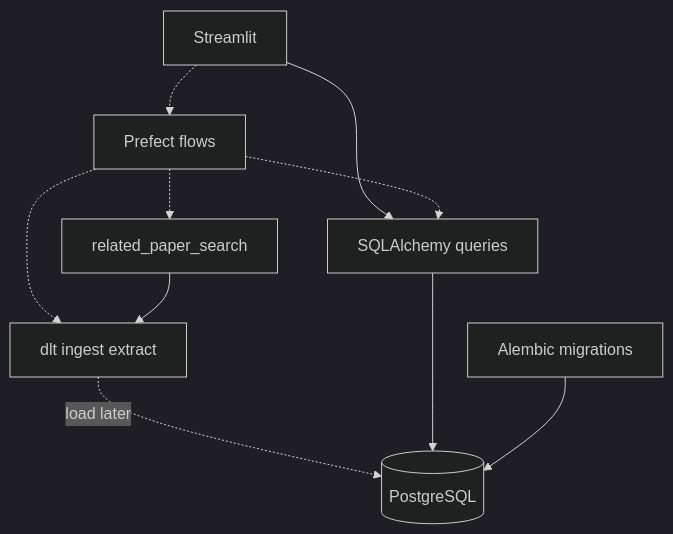
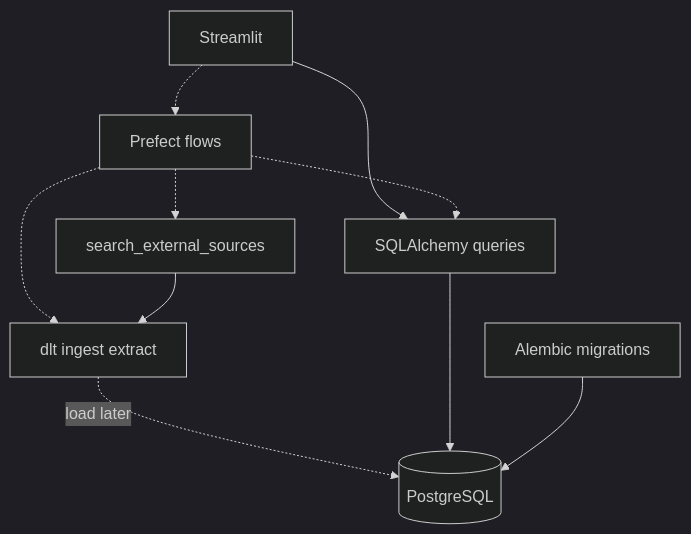
One commit to GustavoRusso/paper-reviewer changed the diagram in docs/technology-stack.md. Above: the diagram before and after it, drawn with Mermaid (dark theme). The commit also changed other lines of this file and 41 other files, not shown here.

Commit message:
renames the workflow step 2.1: Related-paper search to "Search external sources" and the glossary term "Paper sources" to "External sources"

````diff
--- a/docs/technology-stack.md
+++ b/docs/technology-stack.md
@@ -33,20 +33,20 @@
 ```mermaid
 flowchart TB
   ui[Streamlit]
   orch[Prefect flows]
-  search[related_paper_search]
+  search[search_external_sources]
   ingest[dlt ingest extract]
   orm[SQLAlchemy queries]
   db[(PostgreSQL)]
   mig[Alembic migrations]
 
   ui --> orm
   ui -.-> orch
   orch -.-> search
   orch -.-> ingest
   orch -.-> orm
   search --> ingest
   ingest -.->|"load later"| db
   orm --> db
   mig --> db
 ```
````
